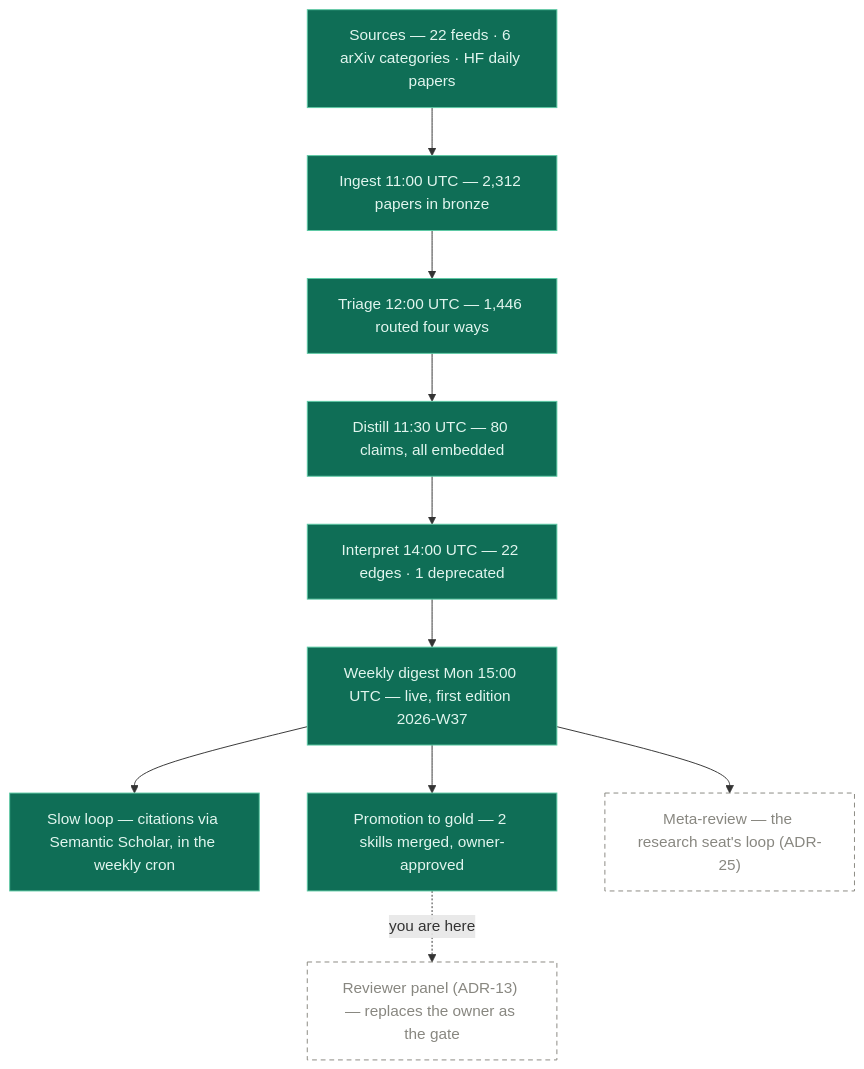
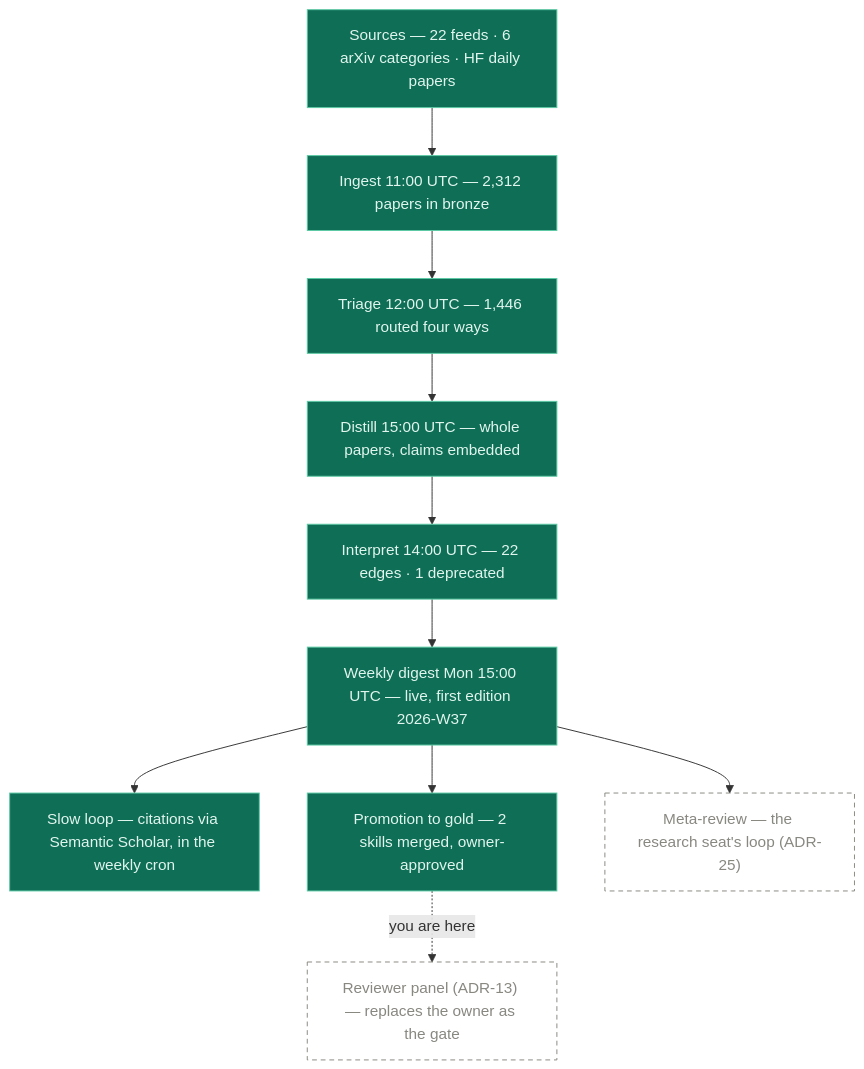
One commit to alexandrapaiz/alexandria changed the first of 4 diagrams in docs/diagrams.md. Above: the diagram before and after it, drawn with Mermaid. The commit also changed 3 other files, not shown here.

Commit message:
README, stack and diagrams follow the schedule and the provider

````diff
--- a/docs/diagrams.md
+++ b/docs/diagrams.md
@@ -31,23 +31,23 @@
 ```mermaid
 flowchart TB
     classDef live fill:#0F6E56,stroke:#5DCAA5,color:#E1F5EE
     classDef todo fill:none,stroke:#888780,stroke-dasharray:5 4,color:#888780
 
     SRC["Sources — 22 feeds · 6 arXiv categories · HF daily papers"]:::live
     ING["Ingest 11:00 UTC — 2,312 papers in bronze"]:::live
     TRI["Triage 12:00 UTC — 1,446 routed four ways"]:::live
-    DIS["Distill 11:30 UTC — 80 claims, all embedded"]:::live
+    DIS["Distill 15:00 UTC — whole papers, claims embedded"]:::live
     INT["Interpret 14:00 UTC — 22 edges · 1 deprecated"]:::live
     DIG["Weekly digest Mon 15:00 UTC — live, first edition 2026-W37"]:::live
     SLOW["Slow loop — citations via Semantic Scholar, in the weekly cron"]:::live
     GOLD["Promotion to gold — 2 skills merged, owner-approved"]:::live
     PANEL["Reviewer panel (ADR-13) — replaces the owner as the gate"]:::todo
     META["Meta-review — the research seat's loop (ADR-25)"]:::todo
 
     SRC --> ING --> TRI --> DIS --> INT
     INT --> DIG
     DIG --> SLOW
     DIG --> GOLD
     GOLD -. you are here .-> PANEL
     DIG --> META
 ```
````
